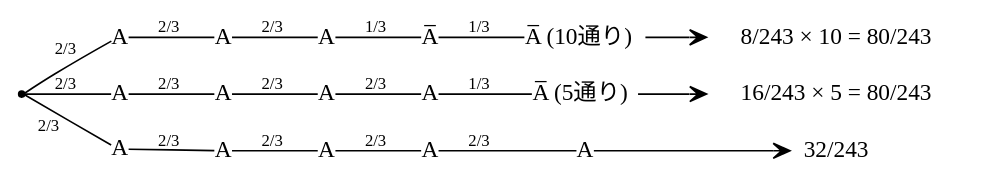
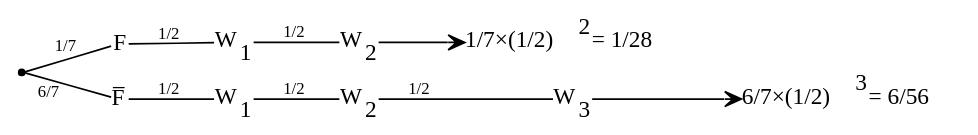
One commit to daiki-kaneda/problem_graph changed the diagram in problem1.dot. Above: the diagram before and after it, drawn with Graphviz. The commit also changed 2 other files, not shown here.

```diff
--- a/problem1.dot
+++ b/problem1.dot
@@ -1,53 +1,35 @@
-digraph problem1 {
+digraph problem4_2 {
     rankdir = LR; // 左から右のレイアウトを指定
 
     // ダミーノード
     ""[shape=point];
 
     // ノードのスタイル設定
     node[shape=plain];
 
     // ノードの定義
-    node1 [label="A"];
-    node2 [label="A"];
-    node3 [label="A"];
-    node4 [label="A"];
-    node5 [label="A"];
-    node6 [label="A"];
-    node7 [label="A"];
-    node8 [label="A"];
-    node9 [label="A"];
-    node10 [label="A"];
-    node11 [label="A"];
-    node12 [label="A"];
-    node13 [label=<A&#x0305; (10通り)>];
-    node14 [label=<A&#x0305; (5通り)>];
-    node15 [label=<A&#x0305;>];
-    node16 [label=" 32/243"];
-    node17 [label=" 8/243 × 10 = 80/243"];
-    node18 [label=" 16/243 × 5 = 80/243"];
+    node1 [label="F"];
+    node2 [label=<F&#x0305;>];
+    node3 [label=<W<sub>1</sub>>];
+    node4 [label=<W<sub>1</sub>>];
+    node5 [label=<W<sub>2</sub>>];
+    node6 [label=<W<sub>2</sub>>];
+    node7 [label=<W<sub>3</sub>>];
+    node8 [label=<1/7×(1/2)<sup>2</sup> = 1/28>];
+    node9 [label=<6/7×(1/2)<sup>3</sup> = 6/56>];
+
     // エッジの定義（有向）
-    "" -> node1 [label=<<font point-size="10" color="black">2/3</font>>, arrowhead=none];
-    "" -> node2 [label=<<font point-size="10" color="black">2/3</font>>, arrowhead=none];
-    "" -> node3 [xlabel=<<font point-size="10" color="black">2/3</font>>, arrowhead=none];
+    "" -> node1 [label=<<font point-size="10" color="black">1/7</font>>, arrowhead=none];
+    "" -> node2 [xlabel=<<font point-size="10" color="black">6/7</font>>, arrowhead=none];
 
-    node1 -> node4 [label=<<font point-size="10" color="black">2/3</font>>, arrowhead=none];
-    node2 -> node5 [label=<<font point-size="10" color="black">2/3</font>>, arrowhead=none];
-    node3 -> node6 [label=<<font point-size="10" color="black">2/3</font>>, arrowhead=none];
+    node1 -> node3 [label=<<font point-size="10" color="black">1/2</font>>, arrowhead=none];
+    node2 -> node4 [label=<<font point-size="10" color="black">1/2</font>>, arrowhead=none];
 
-    node4 -> node7 [label=<<font point-size="10" color="black">2/3</font>>, arrowhead=none];
-    node5 -> node8 [label=<<font point-size="10" color="black">2/3</font>>, arrowhead=none];
-    node6 -> node9 [label=<<font point-size="10" color="black">2/3</font>>, arrowhead=none];
+    node3 -> node5 [label=<<font point-size="10" color="black">1/2</font>>, arrowhead=none];
+    node4 -> node6 [label=<<font point-size="10" color="black">1/2</font>>, arrowhead=none];
+    
+    node6 -> node7 [label=<<font point-size="10" color="black">1/2</font>>, arrowhead=none];
 
-    node7 -> node15 [label=<<font point-size="10" color="black">1/3</font>>, arrowhead=none];
-    node8 -> node11 [label=<<font point-size="10" color="black">2/3</font>>, arrowhead=none];
-    node9 -> node12 [label=<<font point-size="10" color="black">2/3</font>>, arrowhead=none];
-
-    node15 -> node13 [label=<<font point-size="10" color="black">1/3</font>>, arrowhead=none];
-    node11 -> node14 [label=<<font point-size="10" color="black">1/3</font>>, arrowhead=none];
-    node12 -> node10 [label=<<font point-size="10" color="black">2/3</font>>, arrowhead=none];
-
-    node10 -> node16 [arrowhead=vee];
-    node13 -> node17 [arrowhead=vee];
-    node14 -> node18 [arrowhead=vee];
+    node5 -> node8 [arrowhead=vee];
+    node7 -> node9 [arrowhead=vee];
 }
```
